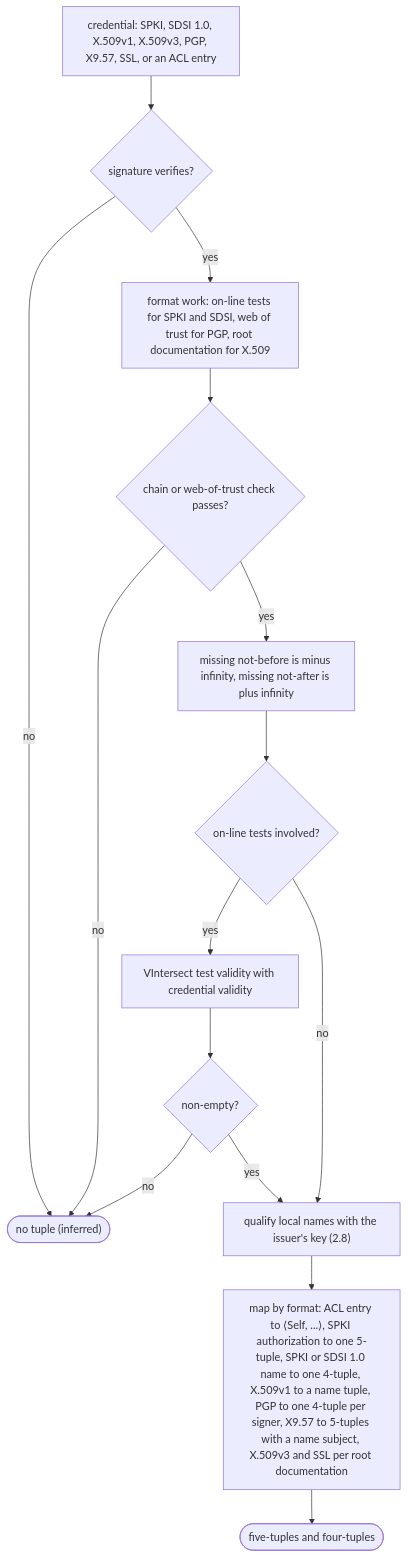
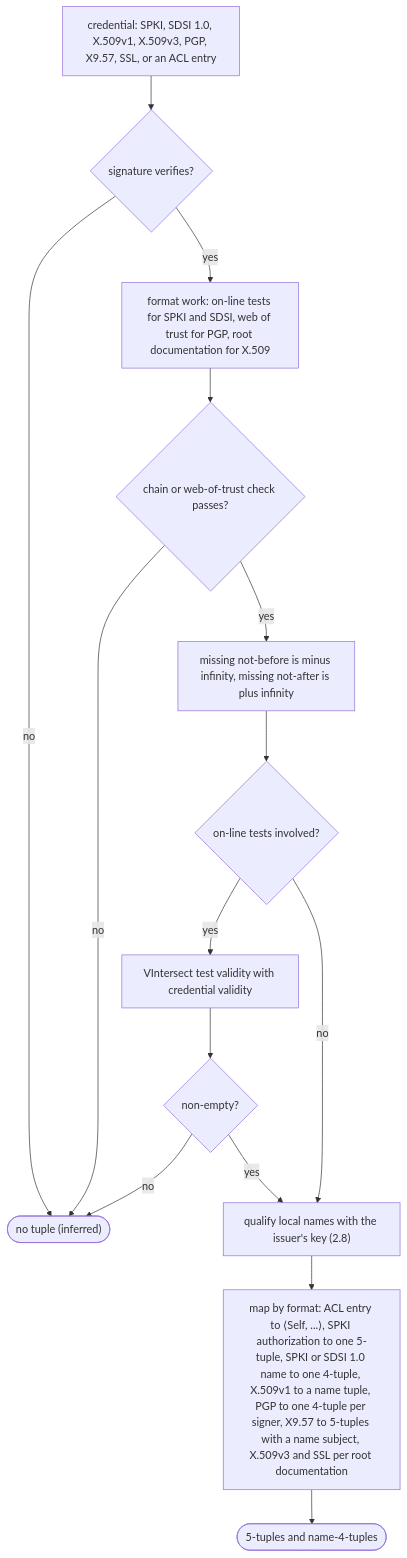
Before and after one commit to m-of-n/library: diagram 15 of 25 in records/ietf/rfc-2693/distilled/protocol.md, drawn with Mermaid. The commit also changed other lines of this file and 8 other files, not shown here.

````diff
--- a/records/ietf/rfc-2693/distilled/protocol.md
+++ b/records/ietf/rfc-2693/distilled/protocol.md
@@ -583,17 +578,17 @@
 ```mermaid
 flowchart TD
   s1["credential: SPKI, SDSI 1.0, X.509v1, X.509v3, PGP, X9.57, SSL, or an ACL entry"] --> d1{"signature verifies?"}
   d1 -->|no| f1(["no tuple (inferred)"])
   d1 -->|yes| s2["format work: on-line tests for SPKI and SDSI, web of trust for PGP, root documentation for X.509"]
   s2 --> d2{"chain or web-of-trust check passes?"}
   d2 -->|no| f1
   d2 -->|yes| s3["missing not-before is minus infinity, missing not-after is plus infinity"]
   s3 --> d3{"on-line tests involved?"}
   d3 -->|yes| s4["VIntersect test validity with credential validity"]
   s4 --> d4{"non-empty?"}
   d4 -->|no| f1
   d4 -->|yes| s5["qualify local names with the issuer's key (2.8)"]
   d3 -->|no| s5
   s5 --> s6["map by format: ACL entry to ⟨Self, ...⟩, SPKI authorization to one 5-tuple, SPKI or SDSI 1.0 name to one 4-tuple, X.509v1 to a name tuple, PGP to one 4-tuple per signer, X9.57 to 5-tuples with a name subject, X.509v3 and SSL per root documentation"]
-  s6 --> g1(["five-tuples and four-tuples"])
+  s6 --> g1(["5-tuples and name-4-tuples"])
 ```
````
